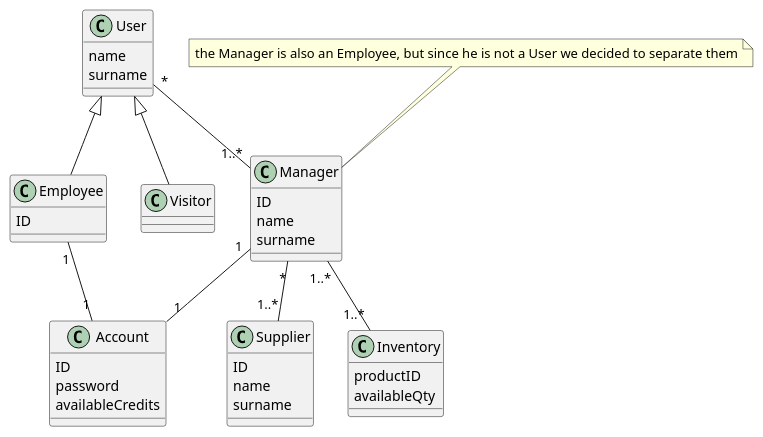
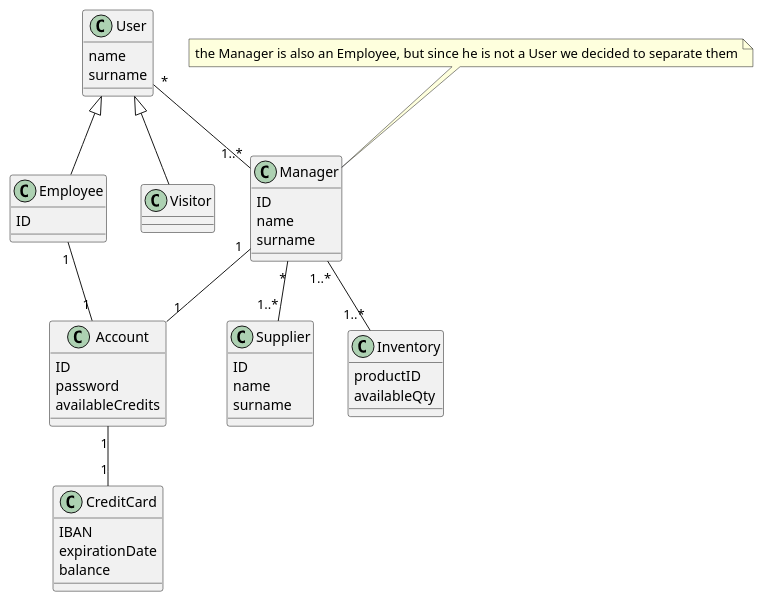
The third of 4 diagrams in templates/RequirementsTemplate.md (SimoneDutto/LaTazza), drawn with PlantUML before and after one commit. The commit also changed other lines of this file, not shown here.

Commit message:
Fix issues in requirements regarding users account

````diff
--- a/templates/RequirementsTemplate.md
+++ b/templates/RequirementsTemplate.md
@@ -241,49 +247,56 @@
 ```plantuml
 
 class Employee{
   ID
 }
 
 class Manager{
   ID
   name
   surname
 }
 
 class User{
   name
   surname
 }
 
 class Visitor{
 }
 
 class Supplier{
   ID
   name
   surname
 }
 
 class Account{
   ID
   password
   availableCredits
 }
 
+class CreditCard{
+  IBAN
+  expirationDate
+  balance
+}
+
 class Inventory{
   productID
   availableQty
 }
 
 User <|-- Employee
 User <|-- Visitor
 User "*" -- "1..*" Manager
 Employee "1"--"1" Account
+Account "1"-- "1" CreditCard
 Manager "1..*"--"1..*" Inventory
 Manager "*"--"1..*" Supplier
 Manager "1"--"1" Account
 
 note "the Manager is also an Employee, but since he is not a User we decided to separate them" as n
 n -- Manager
 
 ```
````
